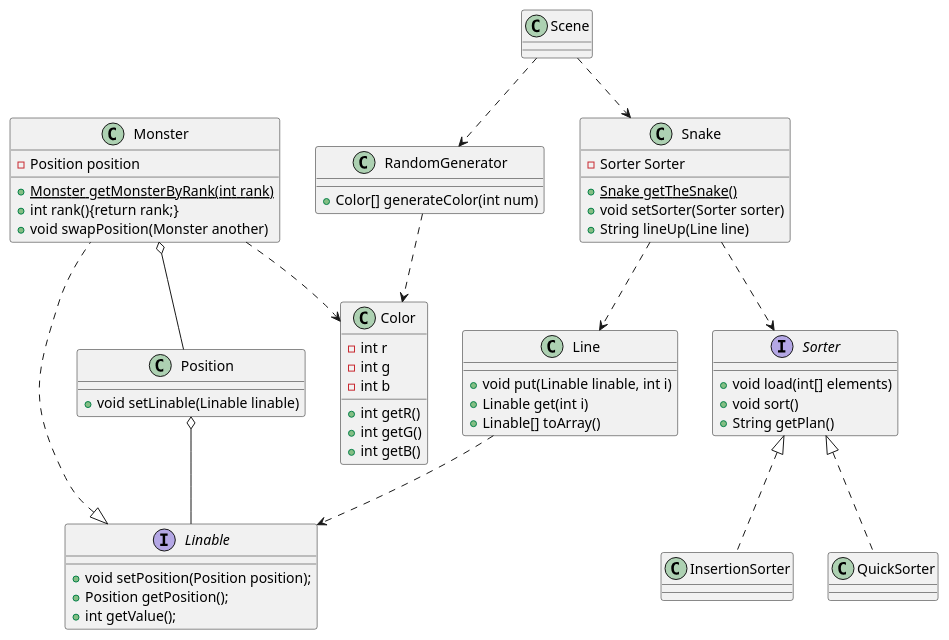
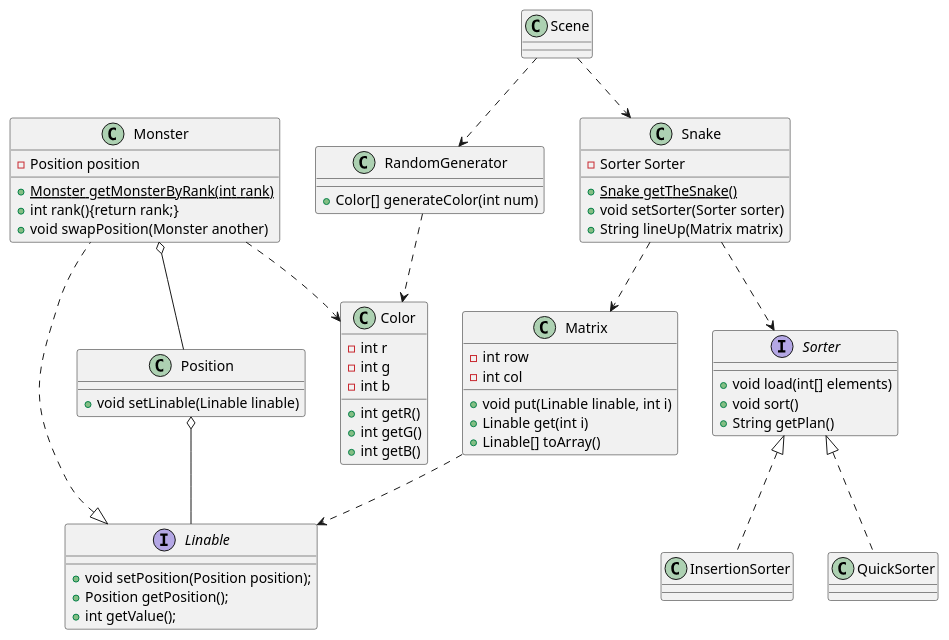
One commit to jwork-2021-attic/jw02-SUNLIFAN changed the diagram in S201250181/uml/participants2.wsd. Above: the diagram before and after it, drawn with PlantUML. The commit also changed 15 other files, not shown here.

```diff
--- a/S201250181/uml/participants2.wsd
+++ b/S201250181/uml/participants2.wsd
@@ -1,51 +1,53 @@
 @startuml participants2
 class Color 
 interface Sorter 
 class InsertionSorter
 class QuickSorter
 interface Linable
-class Line 
+class Matrix 
 class Monster
 class RandomGenerator
 class Scene 
 class Snake 
 class Position 
+Matrix : - int row 
+Matrix : - int col 
 Snake ..> Sorter
-Line ..> Linable
+Matrix ..> Linable
 Linable <|.. Monster
 Sorter <|.. QuickSorter
 Sorter <|.. InsertionSorter
 Monster o-- Position
 Position o-- Linable
-Snake ..> Line
+Snake ..> Matrix
 Monster ..> Color
 RandomGenerator ..> Color
 Scene ..> RandomGenerator
 Scene ..> Snake
 Monster : + {static}Monster getMonsterByRank(int rank)
 Monster : + int rank(){return rank;}
 Monster : + void swapPosition(Monster another)
 Linable : + void setPosition(Position position);
 Linable : + Position getPosition();
 Linable : + int getValue();
 Monster : - Position position
-Line : + void put(Linable linable, int i)
-Line : + Linable get(int i)
+Matrix : + void put(Linable linable, int i)
+Matrix : + Linable get(int i)
 Position : + void setLinable(Linable linable)
-Line : + Linable[] toArray()
+Matrix : + Linable[] toArray()
 Sorter : + void load(int[] elements)
 Sorter : + void sort()
 Sorter : + String getPlan()
 Snake : - Sorter Sorter
 Snake : + {static} Snake getTheSnake()
 Snake : + void setSorter(Sorter sorter)
-Snake : + String lineUp(Line line)
+Snake : + String lineUp(Matrix matrix)
 Color : - int r 
 Color : - int g 
 Color : - int b 
 Color : + int getR()
 Color : + int getG()
 Color : + int getB()
 RandomGenerator : + Color[] generateColor(int num)
 
 @enduml
```
